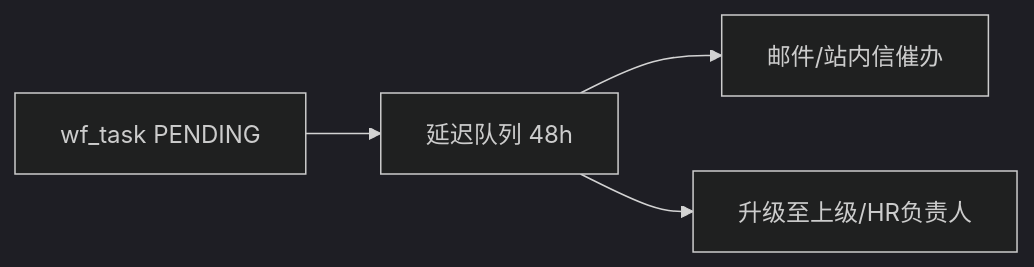
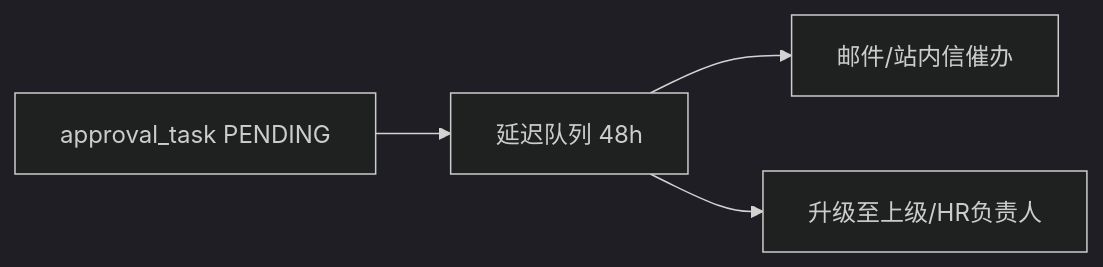
One commit to fwl623/hrmini changed the ninth of 16 diagrams in HRMS-Backend-System-Design.md. Above: the diagram before and after it, drawn with Mermaid (dark theme). The commit also changed other lines of this file and 15 other files, not shown here.

````diff
--- a/HRMS-Backend-System-Design.md
+++ b/HRMS-Backend-System-Design.md
@@ -2115,6 +2262,6 @@
 ```mermaid
 flowchart LR
-    TASK["wf_task PENDING"] --> DELAY["延迟队列 48h"]
+    TASK["approval_task PENDING"] --> DELAY["延迟队列 48h"]
     DELAY --> REMIND["邮件/站内信催办"]
     DELAY --> ESCALATE["升级至上级/HR负责人"]
 ```
````
